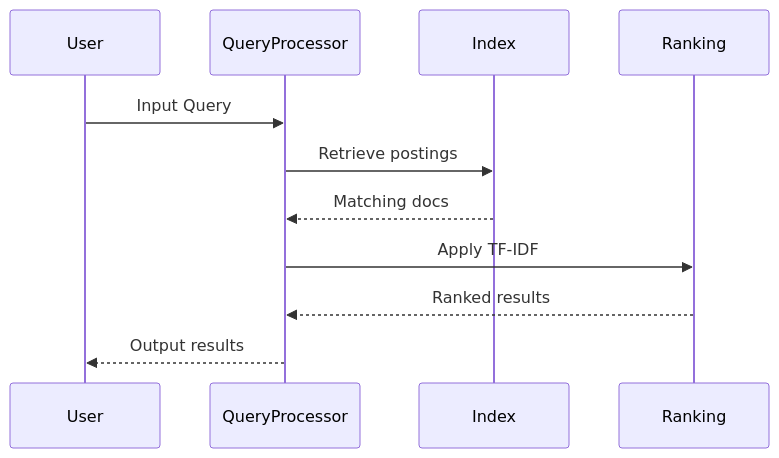
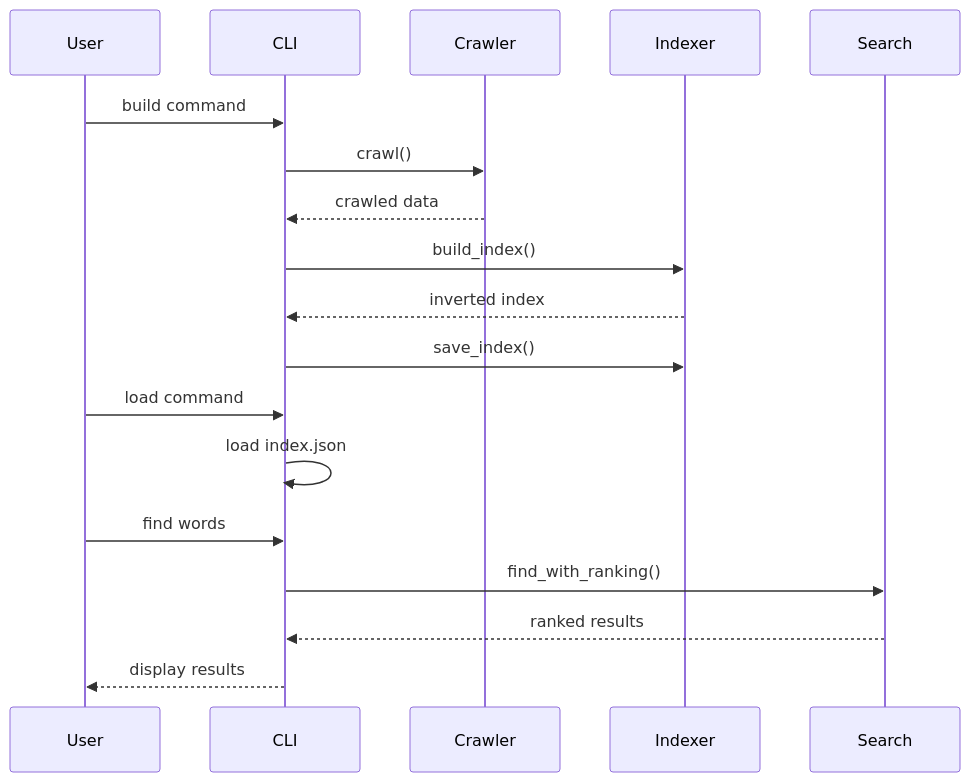
One commit to ArjunVarmaLeeds/Web-Services-CWK2 changed the second of 2 diagrams in README.md. Above: the diagram before and after it, drawn with Mermaid. The commit also changed other lines of this file, not shown here.

````diff
--- a/README.md
+++ b/README.md
@@ -34,16 +35,23 @@
 ```mermaid
 sequenceDiagram
     participant User
-    participant QueryProcessor
-    participant Index
-    participant Ranking
+    participant CLI
+    participant Crawler
+    participant Indexer
+    participant Search
 
-    User->>QueryProcessor: Input Query
-    QueryProcessor->>Index: Retrieve postings
-    Index-->>QueryProcessor: Matching docs
+    User->>CLI: build command
+    CLI->>Crawler: crawl()
+    Crawler-->>CLI: crawled data
+    CLI->>Indexer: build_index()
+    Indexer-->>CLI: inverted index
+    CLI->>Indexer: save_index()
 
-    QueryProcessor->>Ranking: Apply TF-IDF
-    Ranking-->>QueryProcessor: Ranked results
+    User->>CLI: load command
+    CLI->>CLI: load index.json
 
-    QueryProcessor-->>User: Output results
+    User->>CLI: find words
+    CLI->>Search: find_with_ranking()
+    Search-->>CLI: ranked results
+    CLI-->>User: display results
 ```
````
